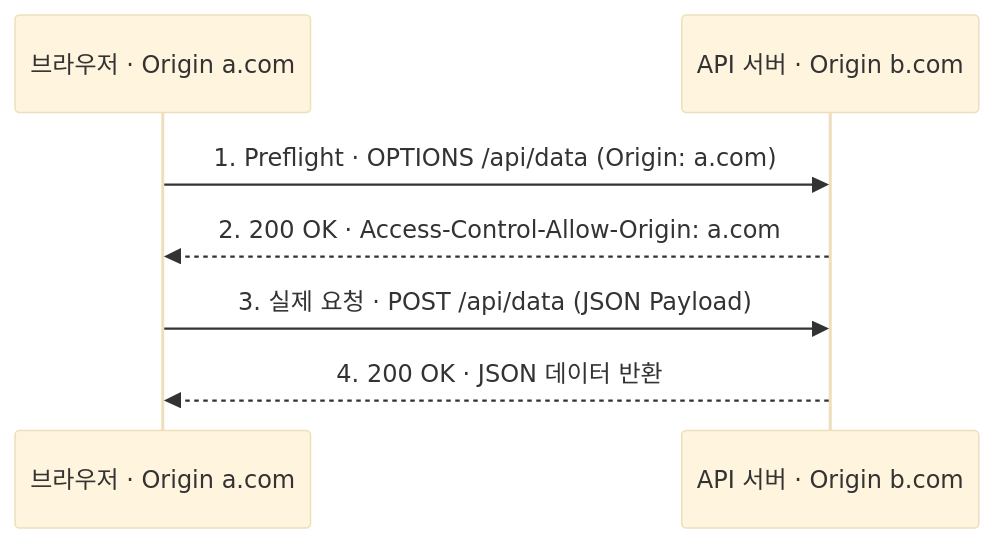
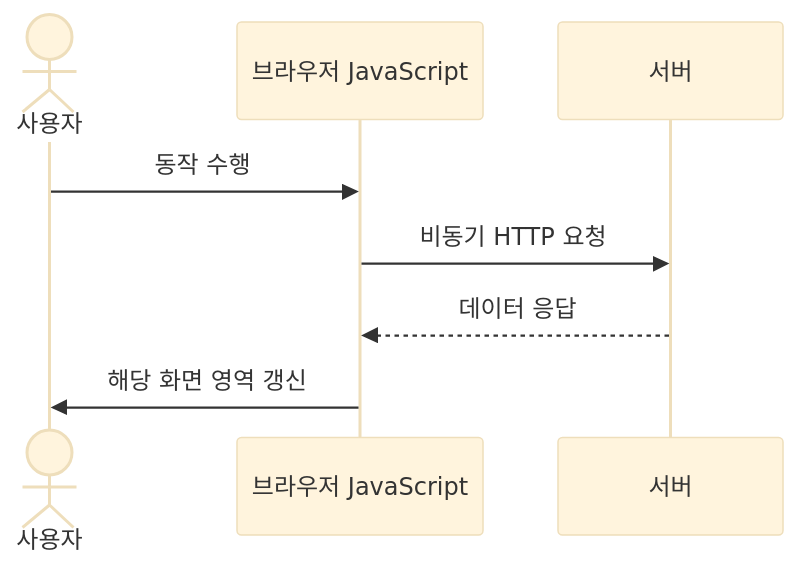
Before and after one commit to agnusdei1207/study: the first of 3 diagrams in src/content/docs/notes/itpe/02-software-engineering/199_ajax.md, drawn with Mermaid (base theme). The commit also changed other lines of this file and 9 other files, not shown here.

````diff
--- a/src/content/docs/notes/itpe/02-software-engineering/199_ajax.md
+++ b/src/content/docs/notes/itpe/02-software-engineering/199_ajax.md
@@ -125,9 +54,10 @@
 ```mermaid
 sequenceDiagram
-    participant B as 브라우저 · Origin a.com
-    participant S as API 서버 · Origin b.com
-    B->>S: 1. Preflight · OPTIONS /api/data (Origin: a.com)
-    S-->>B: 2. 200 OK · Access-Control-Allow-Origin: a.com
-    B->>S: 3. 실제 요청 · POST /api/data (JSON Payload)
-    S-->>B: 4. 200 OK · JSON 데이터 반환
+    actor U as 사용자
+    participant B as 브라우저 JavaScript
+    participant S as 서버
+    U->>B: 동작 수행
+    B->>S: 비동기 HTTP 요청
+    S-->>B: 데이터 응답
+    B->>U: 해당 화면 영역 갱신
 ```
````
